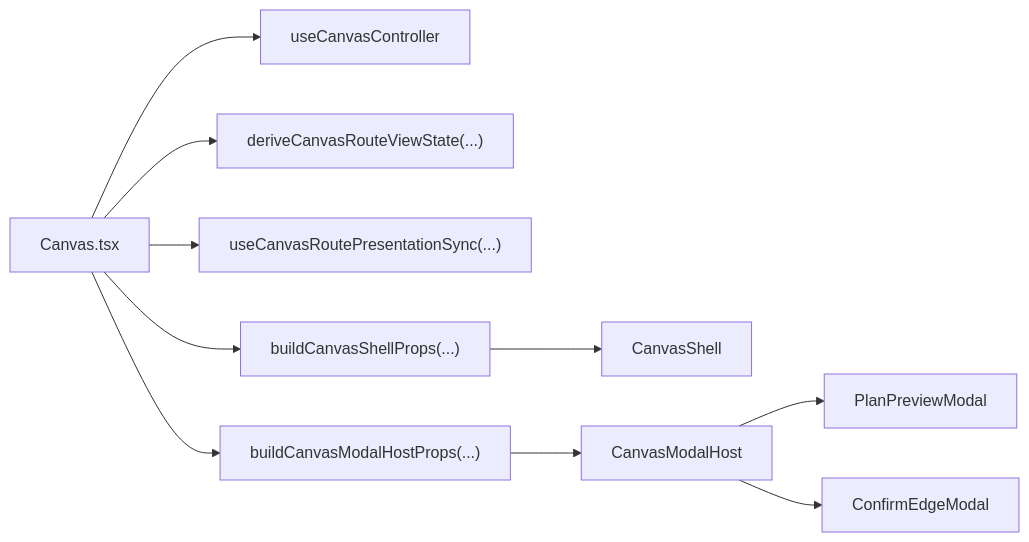
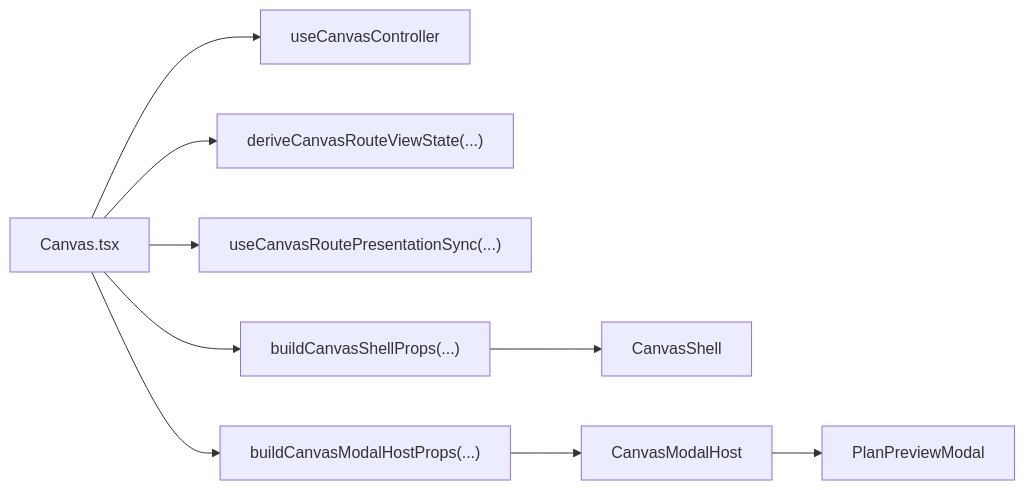
The first of 2 diagrams in docs/architecture/components/web/graph/canvas-route-composition-component.md (dunay2/dvt), drawn with Mermaid before and after one commit. The commit also changed 42 other files, not shown here.

````diff
--- a/docs/architecture/components/web/graph/canvas-route-composition-component.md
+++ b/docs/architecture/components/web/graph/canvas-route-composition-component.md
@@ -91,13 +91,12 @@
 ```mermaid
 flowchart LR
   Route["Canvas.tsx"] --> Controller["useCanvasController"]
   Route --> RouteState["deriveCanvasRouteViewState(...)"]
   Route --> RouteSync["useCanvasRoutePresentationSync(...)"]
   Route --> ShellBuilder["buildCanvasShellProps(...)"]
   Route --> ModalBuilder["buildCanvasModalHostProps(...)"]
 
   ShellBuilder --> Shell["CanvasShell"]
   ModalBuilder --> ModalHost["CanvasModalHost"]
   ModalHost --> PlanModal["PlanPreviewModal"]
-  ModalHost --> EdgeModal["ConfirmEdgeModal"]
 ```
````
